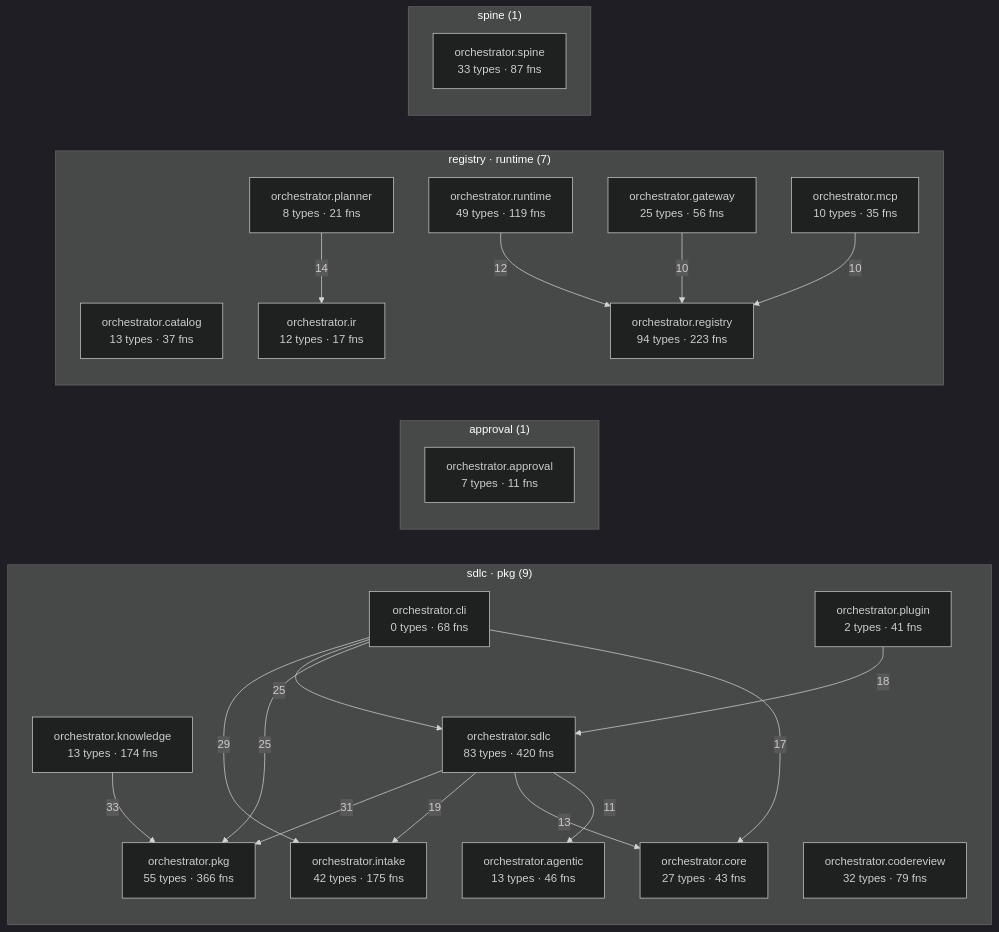
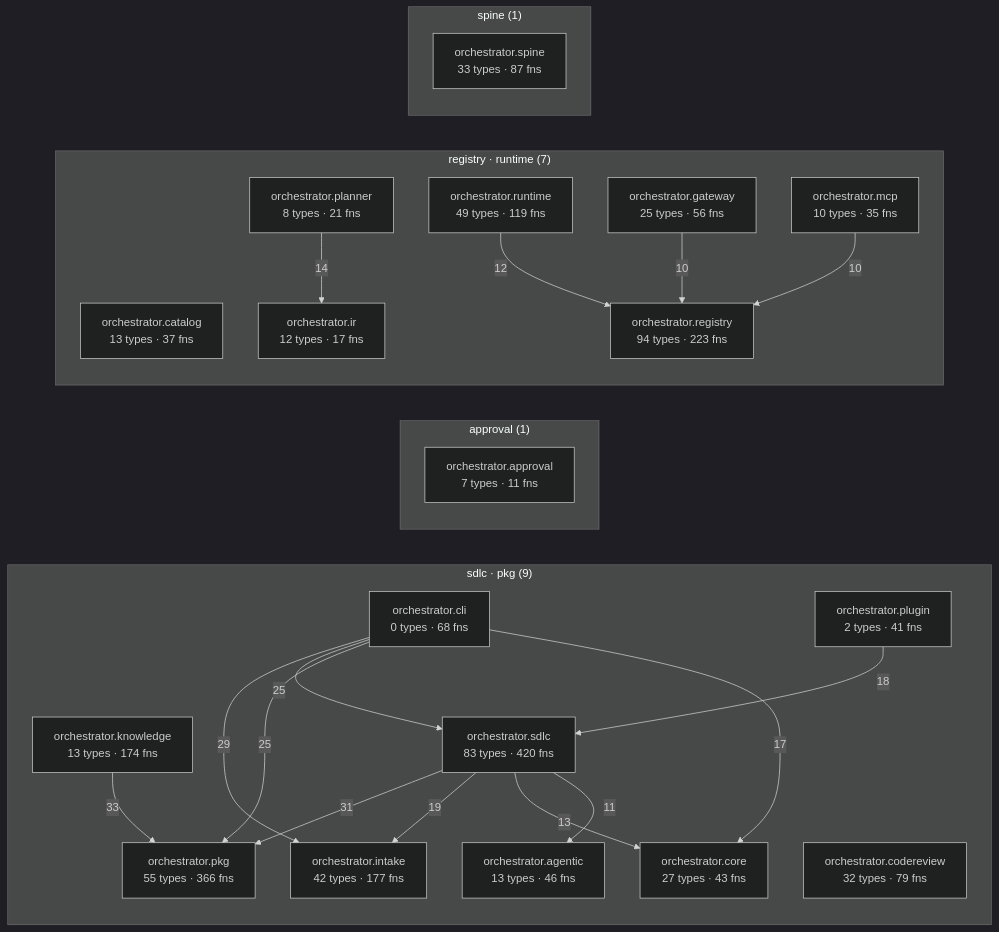
Before and after one commit to synaptixs/spine: the diagram in episteme/architecture.md, drawn with Mermaid (dark theme). The commit also changed other lines of this file and 8 other files, not shown here.

````diff
--- a/episteme/architecture.md
+++ b/episteme/architecture.md
@@ -54,43 +54,43 @@
 ```mermaid
 flowchart LR
   subgraph c_1["sdlc · pkg (9)"]
     aorchestratoragentic["orchestrator.agentic<br/>13 types · 46 fns"]
     aorchestratorcli["orchestrator.cli<br/>0 types · 68 fns"]
     aorchestratorcodereview["orchestrator.codereview<br/>32 types · 79 fns"]
     aorchestratorcore["orchestrator.core<br/>27 types · 43 fns"]
-    aorchestratorintake["orchestrator.intake<br/>42 types · 175 fns"]
+    aorchestratorintake["orchestrator.intake<br/>42 types · 177 fns"]
     aorchestratorknowledge["orchestrator.knowledge<br/>13 types · 174 fns"]
     aorchestratorpkg["orchestrator.pkg<br/>55 types · 366 fns"]
     aorchestratorplugin["orchestrator.plugin<br/>2 types · 41 fns"]
     aorchestratorsdlc["orchestrator.sdlc<br/>83 types · 420 fns"]
   end
   subgraph c_2["approval (1)"]
     aorchestratorapproval["orchestrator.approval<br/>7 types · 11 fns"]
   end
   subgraph c_3["registry · runtime (7)"]
     aorchestratorcatalog["orchestrator.catalog<br/>13 types · 37 fns"]
     aorchestratorgateway["orchestrator.gateway<br/>25 types · 56 fns"]
     aorchestratorir["orchestrator.ir<br/>12 types · 17 fns"]
     aorchestratormcp["orchestrator.mcp<br/>10 types · 35 fns"]
     aorchestratorplanner["orchestrator.planner<br/>8 types · 21 fns"]
     aorchestratorregistry["orchestrator.registry<br/>94 types · 223 fns"]
     aorchestratorruntime["orchestrator.runtime<br/>49 types · 119 fns"]
   end
   subgraph c_10["spine (1)"]
     aorchestratorspine["orchestrator.spine<br/>33 types · 87 fns"]
   end
   aorchestratorknowledge -->|33| aorchestratorpkg
   aorchestratorsdlc -->|31| aorchestratorpkg
   aorchestratorcli -->|29| aorchestratorintake
   aorchestratorcli -->|25| aorchestratorsdlc
   aorchestratorcli -->|25| aorchestratorpkg
   aorchestratorsdlc -->|19| aorchestratorintake
   aorchestratorplugin -->|18| aorchestratorsdlc
   aorchestratorcli -->|17| aorchestratorcore
   aorchestratorplanner -->|14| aorchestratorir
   aorchestratorsdlc -->|13| aorchestratorcore
   aorchestratorruntime -->|12| aorchestratorregistry
   aorchestratorsdlc -->|11| aorchestratoragentic
   aorchestratorgateway -->|10| aorchestratorregistry
   aorchestratormcp -->|10| aorchestratorregistry
 ```
````
